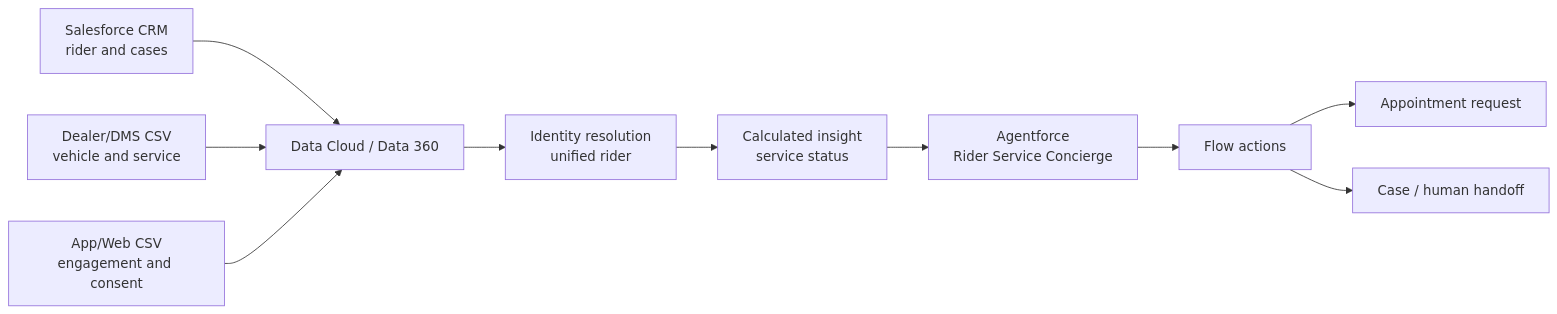
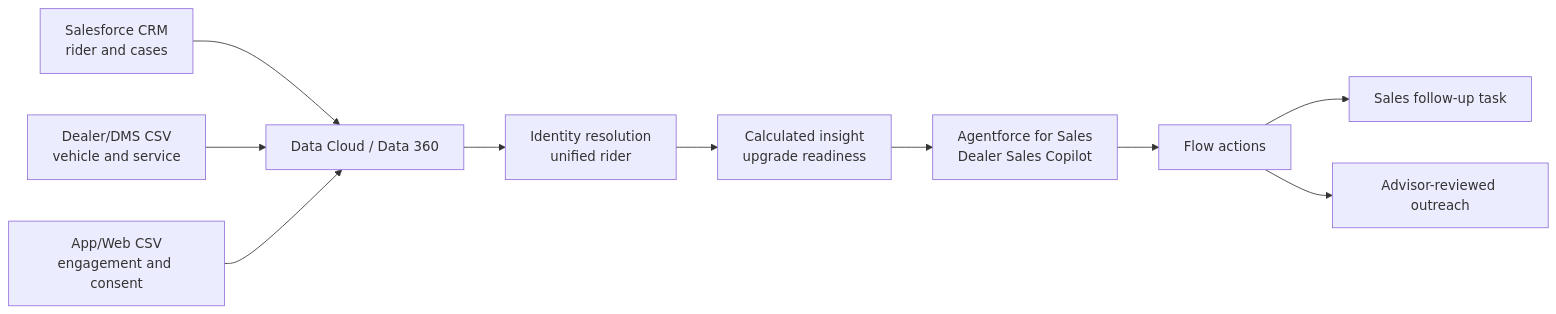
One commit to mightyForce/forcebewithyou changed the diagram in docs/tvs-data-cloud-agentforce-demo.md. Above: the diagram before and after it, drawn with Mermaid. The commit also changed other lines of this file, not shown here.

````diff
--- a/docs/tvs-data-cloud-agentforce-demo.md
+++ b/docs/tvs-data-cloud-agentforce-demo.md
@@ -92,17 +95,17 @@
 ```mermaid
 flowchart LR
     CRM[Salesforce CRM<br/>rider and cases]
     DMS[Dealer/DMS CSV<br/>vehicle and service]
     ENG[App/Web CSV<br/>engagement and consent]
 
     CRM --> DC[Data Cloud / Data 360]
     DMS --> DC
     ENG --> DC
 
     DC --> IR[Identity resolution<br/>unified rider]
-    IR --> CI[Calculated insight<br/>service status]
-    CI --> AF[Agentforce<br/>Rider Service Concierge]
+    IR --> CI[Calculated insight<br/>upgrade readiness]
+    CI --> AF[Agentforce for Sales<br/>Dealer Sales Copilot]
     AF --> FLOW[Flow actions]
-    FLOW --> APPT[Appointment request]
-    FLOW --> CASE[Case / human handoff]
+    FLOW --> TASK[Sales follow-up task]
+    FLOW --> DRAFT[Advisor-reviewed outreach]
 ```
````
